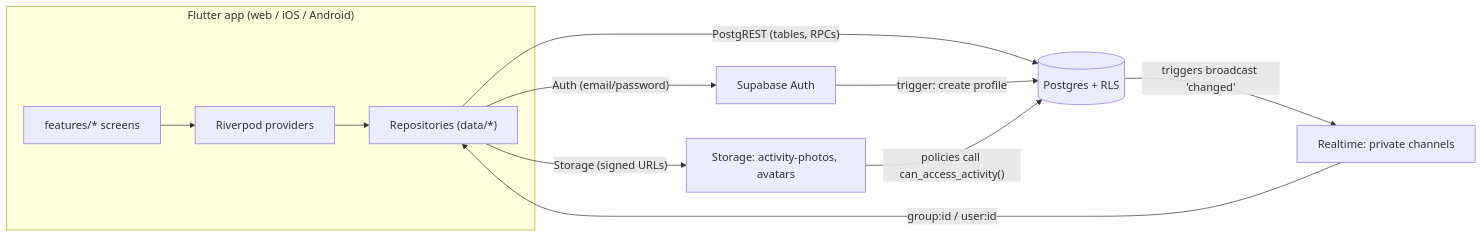
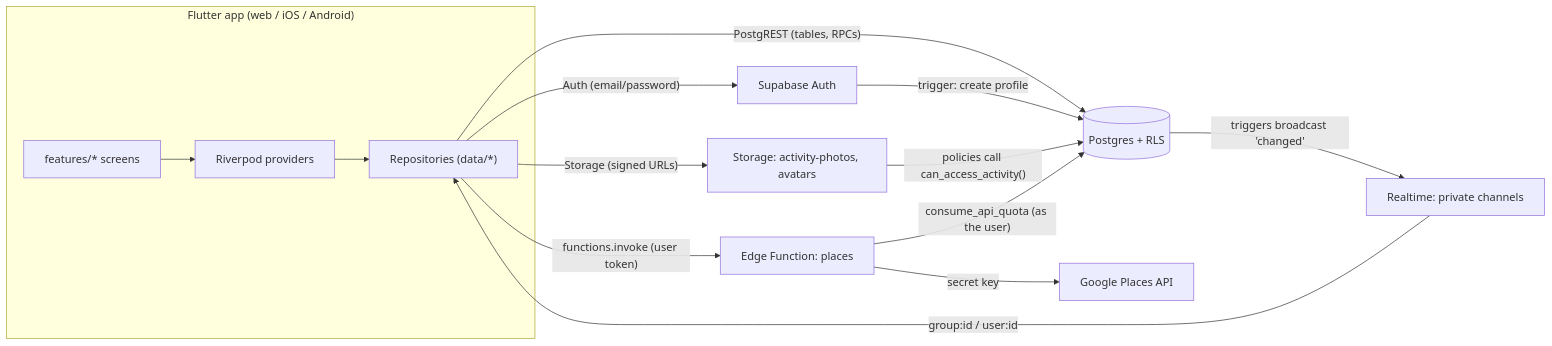
Before and after one commit to kangjin97/project1.0: the first of 2 diagrams in docs/architecture.md, drawn with Mermaid. The commit also changed other lines of this file and 25 other files, not shown here.

First line of the commit message:
Suggest Google Maps places for activity locations

````diff
--- a/docs/architecture.md
+++ b/docs/architecture.md
@@ -5,14 +5,17 @@
 ```mermaid
 flowchart LR
   subgraph App["Flutter app (web / iOS / Android)"]
     UI["features/* screens"] --> P["Riverpod providers"]
     P --> R["Repositories (data/*)"]
   end
   R -- "PostgREST (tables, RPCs)" --> DB[(Postgres + RLS)]
   R -- "Auth (email/password)" --> AUTH[Supabase Auth]
   R -- "Storage (signed URLs)" --> ST[Storage: activity-photos, avatars]
   DB -- "triggers broadcast 'changed'" --> RT[Realtime: private channels]
   RT -- "group:id / user:id" --> R
   AUTH -- "trigger: create profile" --> DB
   ST -- "policies call can_access_activity()" --> DB
+  R -- "functions.invoke (user token)" --> EF[Edge Function: places]
+  EF -- "consume_api_quota (as the user)" --> DB
+  EF -- "secret key" --> GP[Google Places API]
 ```
````
